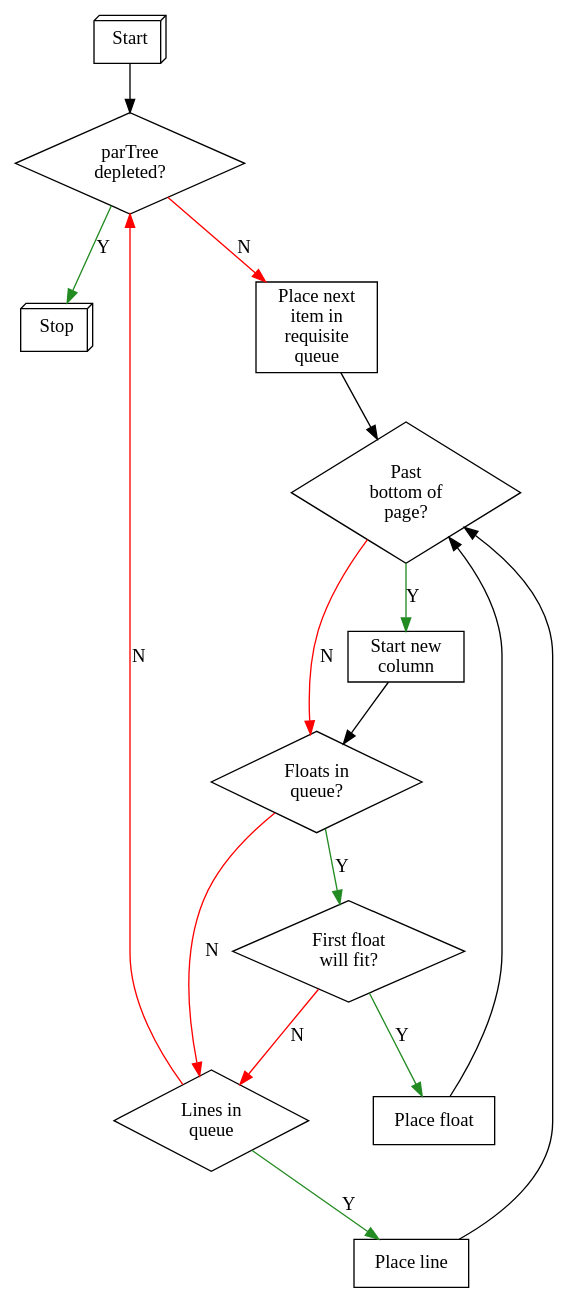
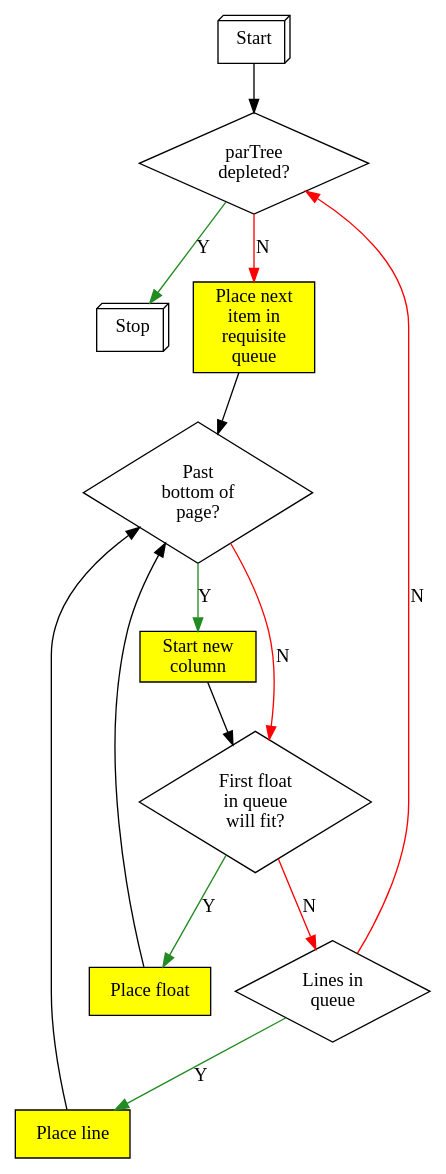
The diagram in float.dot (apinkney97/JSReflow), drawn with Graphviz before and after one commit. The commit also changed 1 other file, not shown here.

Commit message:
Merged two flowchart states together and added some colour

```diff
--- a/float.dot
+++ b/float.dot
@@ -1,58 +1,61 @@
 /*
 	Flowchart to describe a simple float layout algorithm.
 	Caveat: All floats are assumed to be able to fit in an
 	empty column. If this is not the case, the float queue
 	will never empty and the process will never terminate.
 */
 
 digraph G {
 	node [shape=box];
 	rankdir=TB;
 /*	subgraph queues {
 		node [style=filled, fillcolor=red];
 		parTree;
 		lineQueue;
 		floatQueue;
 	}
 */	
 	{	node [shape=box3d];
 		start [label="Start"];
 		stop  [label="Stop"];
 	}
 	
 	{	node [shape=diamond];
 		partree  [label="parTree\ndepleted?"];
 		pastbot  [label="Past\nbottom of\npage?"];
-		floatq   [label="Floats in\nqueue?"];
+		floatq   [label="First float\nin queue\nwill fit?"];
 		lineq    [label="Lines in\nqueue"];
-		floatfit [label="First float\nwill fit?"];
+		//floatfit [label="First float\nwill fit?"];
 	}
 	
-	enqueue [label="Place next\nitem in\nrequisite\nqueue"];
-	newcol  [label="Start new\ncolumn"];
-	placef  [label="Place float"];
-	placel  [label="Place line"];
+	{	node [style=filled, fillcolor=yellow];
+		enqueue [label="Place next\nitem in\nrequisite\nqueue"];
+		newcol  [label="Start new\ncolumn"];
+		placef  [label="Place float"];
+		placel  [label="Place line"];
+	}
 
 	start   -> partree;
 	enqueue -> pastbot;
 	newcol  -> floatq;
 	placef  -> pastbot;
 	placel  -> pastbot;
 	
 	{	edge [label="Y", color="forestgreen"];
 		partree  -> stop;
 		pastbot  -> newcol;
-		floatq   -> floatfit;
-		floatfit -> placef;
+		//floatq   -> floatfit;
+		//floatfit -> placef;
+		floatq -> placef;
 		lineq    -> placel;
 	}
 	
 	{	edge [label="N", color=red];
 		pastbot  -> floatq;
 		partree  -> enqueue;
 		floatq   -> lineq;
-		floatfit -> lineq;
+		//floatfit -> lineq;
 		lineq    -> partree;
 	}
 	
 }
```
